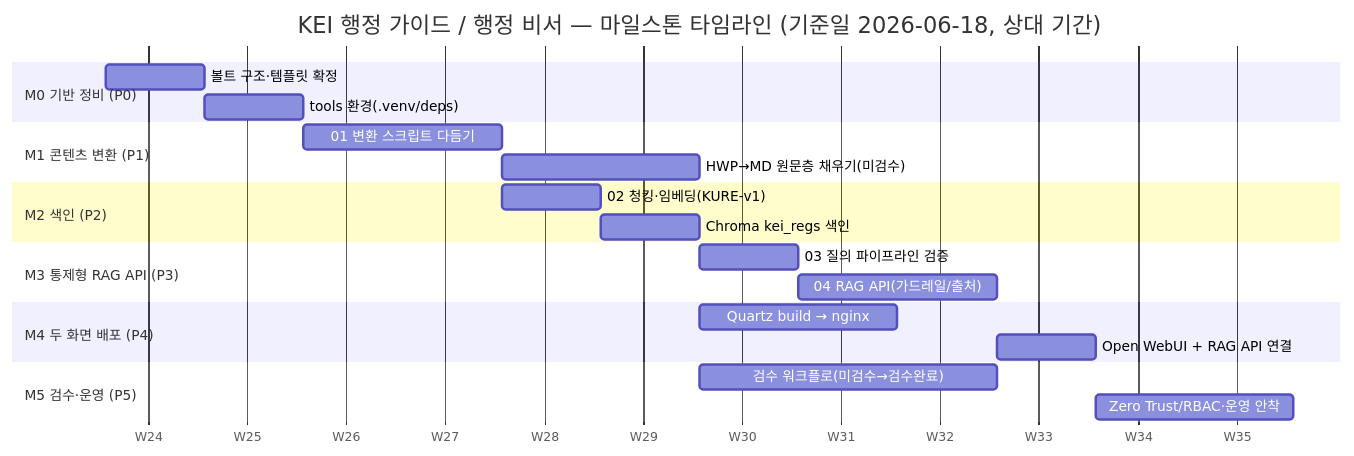
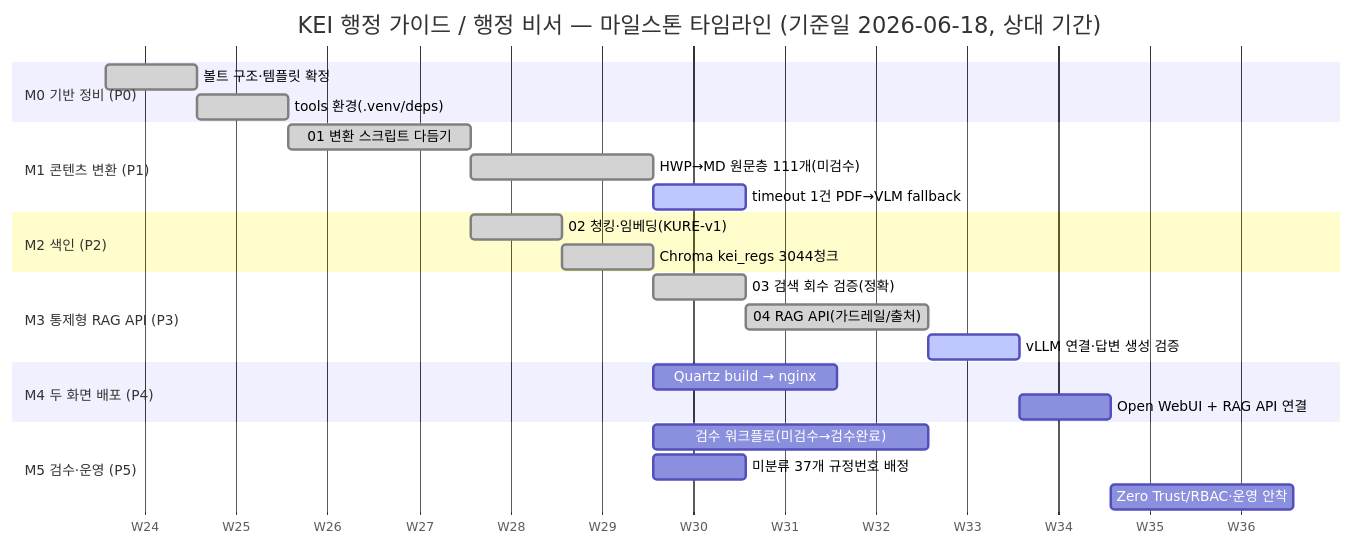
Before and after one commit to mooner92/KEIAdminSuperv: the first of 2 diagrams in docs/08-roadmap.md, drawn with Mermaid. The commit also changed other lines of this file and 9 other files, not shown here.

````diff
--- a/docs/08-roadmap.md
+++ b/docs/08-roadmap.md
@@ -36,31 +45,34 @@
 ```mermaid
 gantt
     title KEI 행정 가이드 / 행정 비서 — 마일스톤 타임라인 (기준일 2026-06-18, 상대 기간)
     dateFormat YYYY-MM-DD
     axisFormat W%W
     todayMarker off
 
     section M0 기반 정비 (P0)
-    볼트 구조·템플릿 확정      :m0a, 2026-06-18, 1w
-    tools 환경(.venv/deps)     :m0b, after m0a, 1w
+    볼트 구조·템플릿 확정      :done, m0a, 2026-06-18, 1w
+    tools 환경(.venv/deps)     :done, m0b, after m0a, 1w
 
     section M1 콘텐츠 변환 (P1)
-    01 변환 스크립트 다듬기     :m1a, after m0b, 2w
-    HWP→MD 원문층 채우기(미검수):m1b, after m1a, 2w
+    01 변환 스크립트 다듬기     :done, m1a, after m0b, 2w
+    HWP→MD 원문층 111개(미검수) :done, m1b, after m1a, 2w
+    timeout 1건 PDF→VLM fallback :active, m1c, after m1b, 1w
 
     section M2 색인 (P2)
-    02 청킹·임베딩(KURE-v1)     :m2a, after m1a, 1w
-    Chroma kei_regs 색인        :m2b, after m2a, 1w
+    02 청킹·임베딩(KURE-v1)     :done, m2a, after m1a, 1w
+    Chroma kei_regs 3044청크    :done, m2b, after m2a, 1w
 
     section M3 통제형 RAG API (P3)
-    03 질의 파이프라인 검증     :m3a, after m2b, 1w
-    04 RAG API(가드레일/출처)   :m3b, after m3a, 2w
+    03 검색 회수 검증(정확)     :done, m3a, after m2b, 1w
+    04 RAG API(가드레일/출처)   :done, m3b, after m3a, 2w
+    vLLM 연결·답변 생성 검증    :active, m3c, after m3b, 1w
 
     section M4 두 화면 배포 (P4)
     Quartz build → nginx       :m4a, after m1b, 2w
-    Open WebUI + RAG API 연결   :m4b, after m3b, 1w
+    Open WebUI + RAG API 연결   :m4b, after m3c, 1w
 
     section M5 검수·운영 (P5)
     검수 워크플로(미검수→검수완료):m5a, after m1b, 3w
+    미분류 37개 규정번호 배정    :m5c, after m1b, 1w
     Zero Trust/RBAC·운영 안착   :m5b, after m4b, 2w
 ```
````
